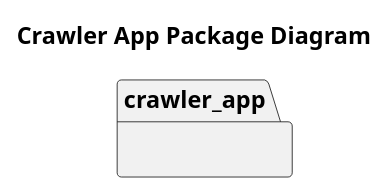
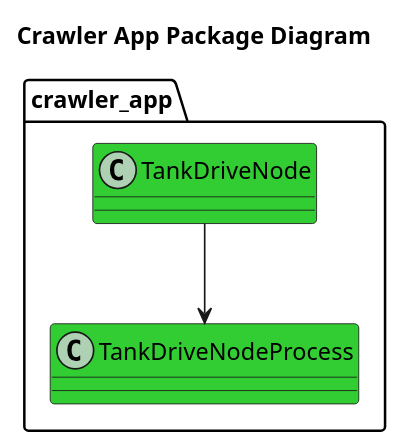
One commit to fastrobotics/crawler_app changed the diagram in doc/CrawlerAppPackageDiagram.puml. Above: the diagram before and after it, drawn with PlantUML. The commit also changed 3 other files, not shown here.

```diff
--- a/doc/CrawlerAppPackageDiagram.puml
+++ b/doc/CrawlerAppPackageDiagram.puml
@@ -1,7 +1,10 @@
 @startuml
 title Crawler App Package Diagram
 
 package crawler_app {
+    class TankDriveNode #LimeGreen
+    class TankDriveNodeProcess #LimeGreen
+    TankDriveNode --> TankDriveNodeProcess
 }
 
 @enduml
```
